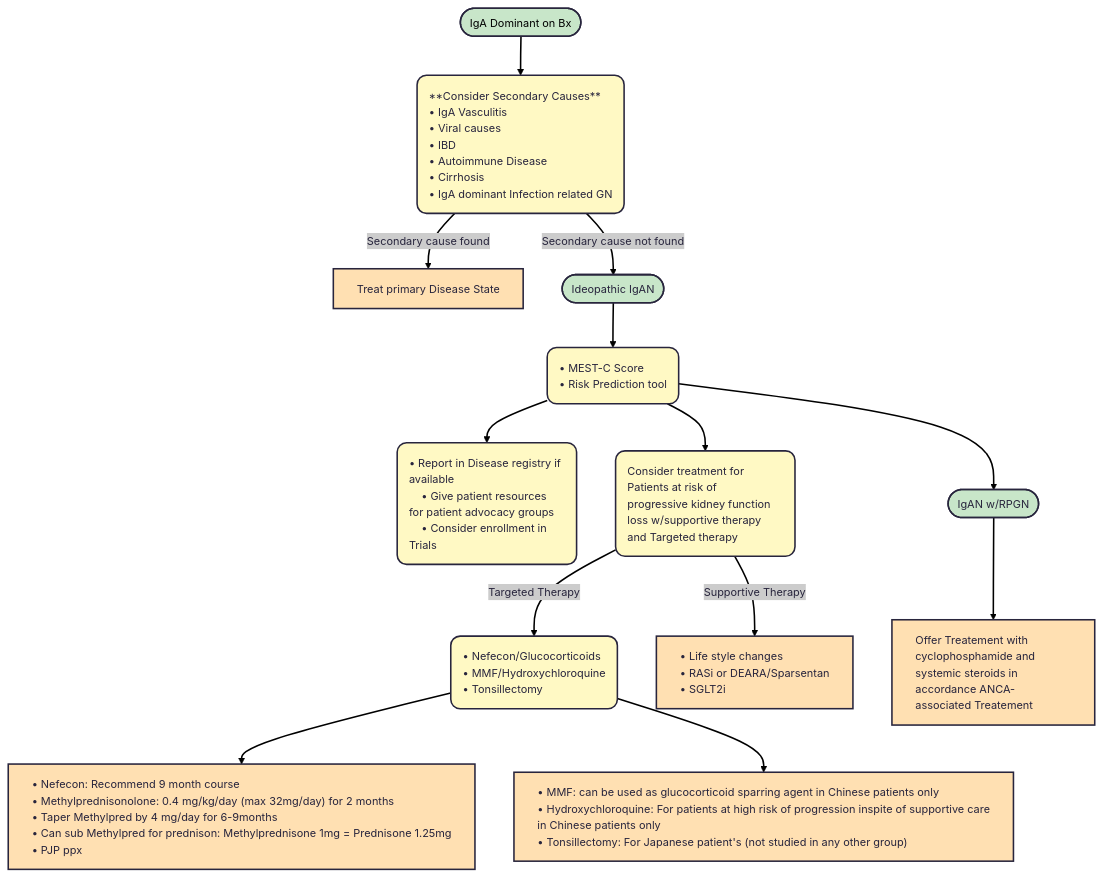
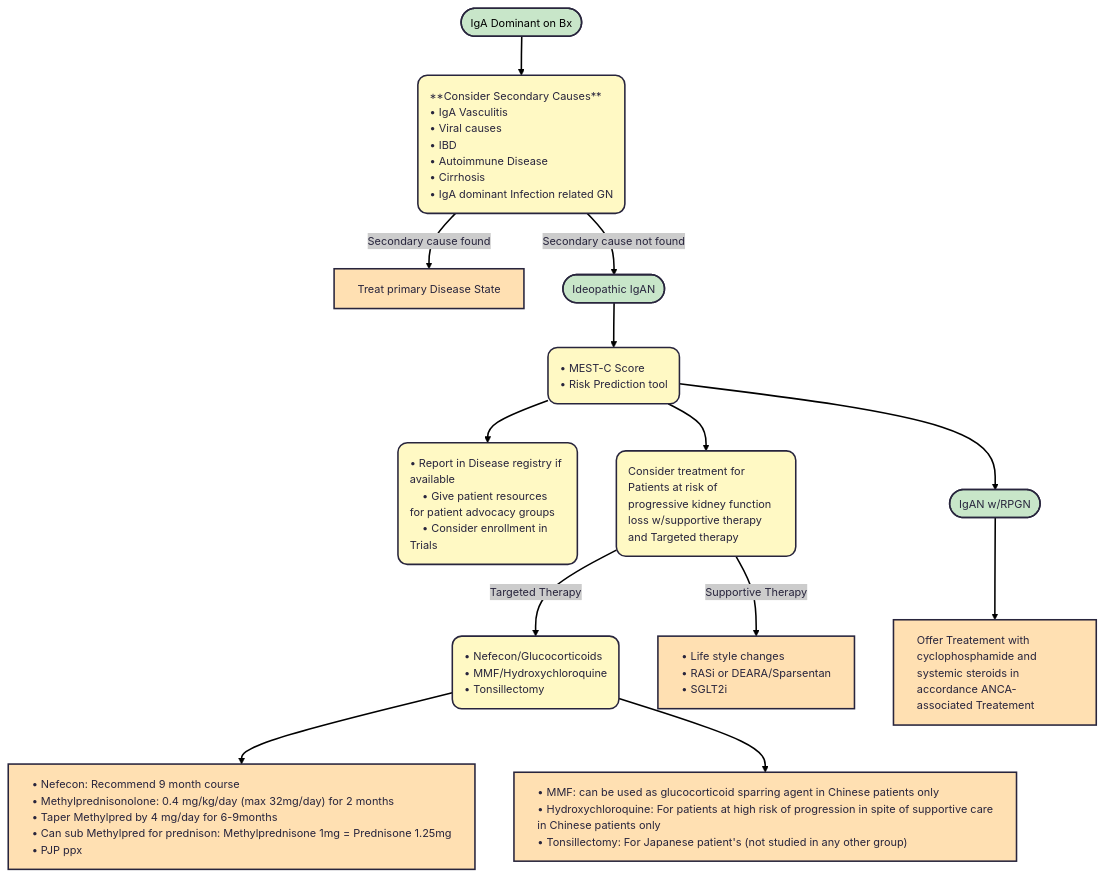
One commit to TTUNEPH2025/GN changed the diagram in docs/IGAN.md. Above: the diagram before and after it, drawn with Mermaid. The commit also changed other lines of this file, not shown here.

````diff
--- a/docs/IGAN.md
+++ b/docs/IGAN.md
@@ -71,54 +71,54 @@
 ```mermaid
 ---
 config:
   theme: redux
 ---
 flowchart TD
     A(["IgA Dominant on Bx"]) --> n1["**Consider Secondary Causes**
     • IgA Vasculitis
     • Viral causes
     • IBD
     • Autoimmune Disease
     • Cirrhosis 
     • IgA dominant Infection related GN"]
     n1 -- Secondary cause found --> n2["Treat primary Disease State"]
     n1 -- Secondary cause not found --> n3(["Ideopathic IgAN"])
     n3 --> n4["• MEST-C Score
     • Risk Prediction tool"]
     n4 --> n5["• Report in Disease registry if available
     • Give patient resources for patient advocacy groups
     • Consider enrollment in Trials"] & n6["Consider treatment for Patients at risk of progressive kidney function loss w/supportive therapy and Targeted therapy"] & n9(["IgAN w/RPGN"])
     n6 -- Targeted Therapy --> n7["• Nefecon/Glucocorticoids
     • MMF/Hydroxychloroquine
     • Tonsillectomy"]
     n6 -- Supportive Therapy --> n8["• Life style changes
     • RASi or DEARA/Sparsentan
     • SGLT2i"]
     n9 --> n10["Offer Treatement with cyclophosphamide and systemic steroids in accordance ANCA-associated Treatement"]
     n7 --> n11["• Nefecon: Recommend 9 month course
     • Methylprednisonolone: 0.4 mg/kg/day (max 32mg/day) for 2 months
  • Taper Methylpred by 4 mg/day for 6-9months
 • Can sub Methylpred for prednison: Methylprednisone 1mg = Prednisone 1.25mg
-• PJP ppx"] & n12@{ label: "• MMF: can be used as glucocorticoid sparring agent in Chinese patients only\n    • Hydroxychloroquine: For patients at high risk of progression inspite of supportive care
+• PJP ppx"] & n12@{ label: "• MMF: can be used as glucocorticoid sparring agent in Chinese patients only\n    • Hydroxychloroquine: For patients at high risk of progression in spite of supportive care
 in Chinese patients only\n   • Tonsillectomy: For Japanese patient's (not studied in any other group)" }
     n1@{ shape: rounded}
     n4@{ shape: rounded}
     n5@{ shape: rounded}
     n6@{ shape: rounded}
     n7@{ shape: rounded}
     n8@{ shape: rect}
     n12@{ shape: rect}
     style A fill:#C8E6C9,color:#000000
     style n1 fill:#FFF9C4,text-align:left,white-space:nowrap
     style n2 fill:#FFE0B2,text-align:left
     style n3 fill:#C8E6C9,text-align:left
     style n4 fill:#FFF9C4,text-align:left
     style n5 fill:#FFF9C4,text-align:left
     style n6 fill:#FFF9C4,text-align:left
     style n9 fill:#C8E6C9,text-align:left
     style n7 fill:#FFF9C4,text-align:left,white-space:nowrap
     style n8 fill:#FFE0B2,text-align:left,white-space:nowrap
     style n10 fill:#FFE0B2,text-align:left
     style n11 fill:#FFE0B2,text-align:left,white-space:nowrap
     style n12 fill:#FFE0B2,text-align:left,white-space:nowrap
 ```
````
